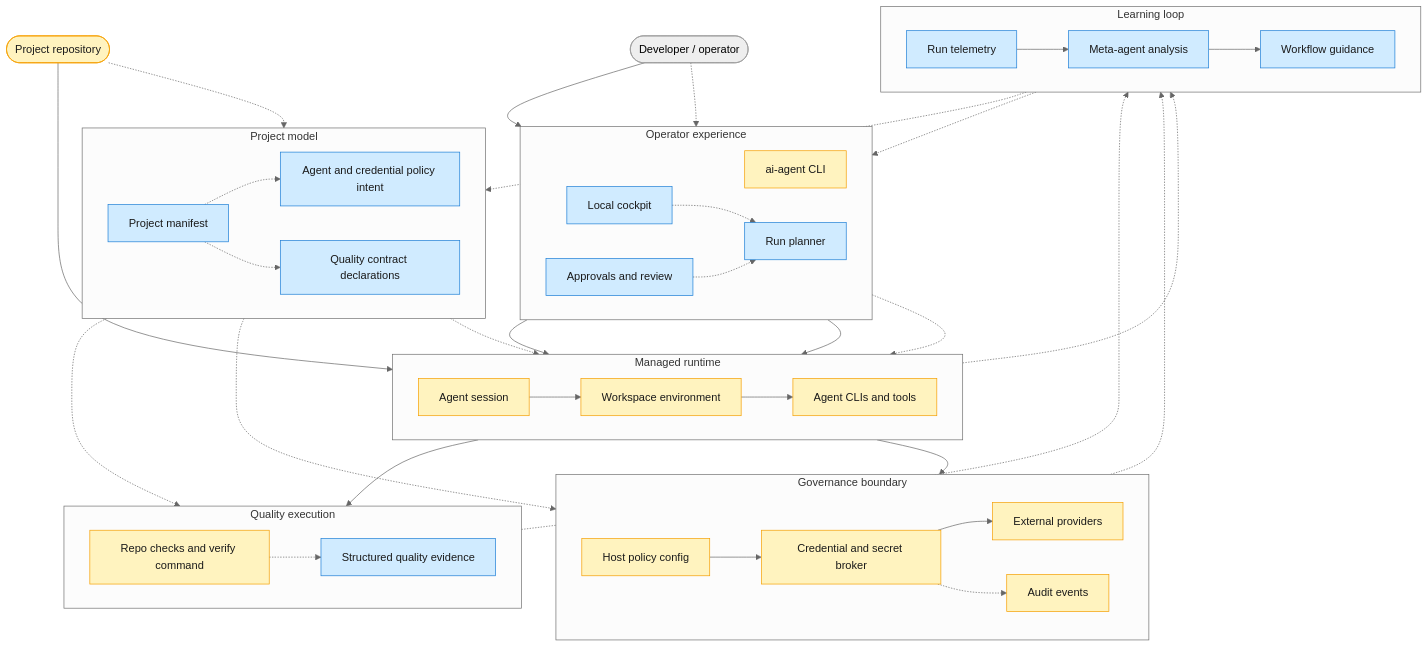
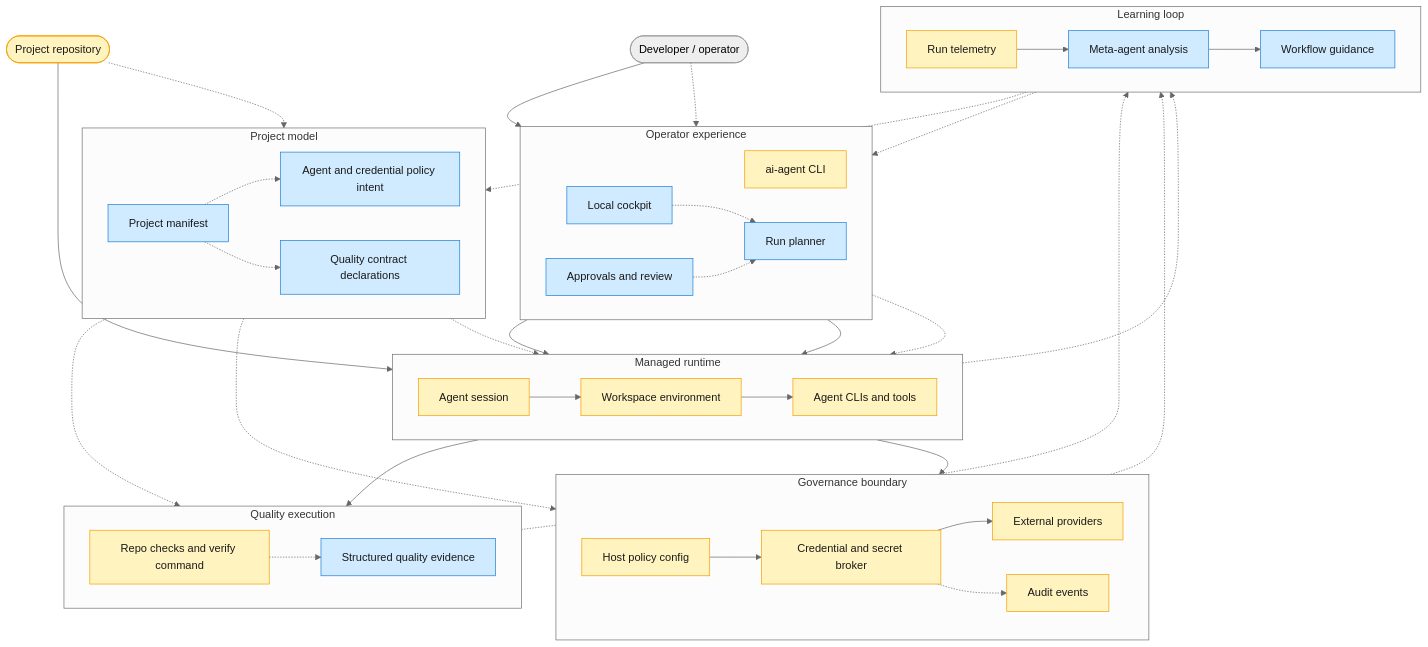
Before and after one commit to maryzam/ai-crew-localdev: the first of 2 diagrams in docs/current-north-star-architecture.md, drawn with Mermaid (neutral theme). The commit also changed other lines of this file and 22 other files, not shown here.

````diff
--- a/docs/current-north-star-architecture.md
+++ b/docs/current-north-star-architecture.md
@@ -98,7 +98,7 @@
 
     classDef current fill:#fff3bf,stroke:#f59f00,color:#1a1a1a
     classDef north fill:#d0ebff,stroke:#1c7ed6,color:#1a1a1a
-    class CLI,Project,Policy,Session,Workspace,Agents,Broker,Providers,Audit,Checks current
+    class CLI,Project,Policy,Session,Workspace,Agents,Broker,Providers,Audit,Checks,Telemetry current
     class Cockpit,Planner,Approvals,Manifest,PolicyIntent north
-    class ContractDeclarations,Evidence,Telemetry,Meta,Guidance north
+    class ContractDeclarations,Evidence,Meta,Guidance north
 ```
````
